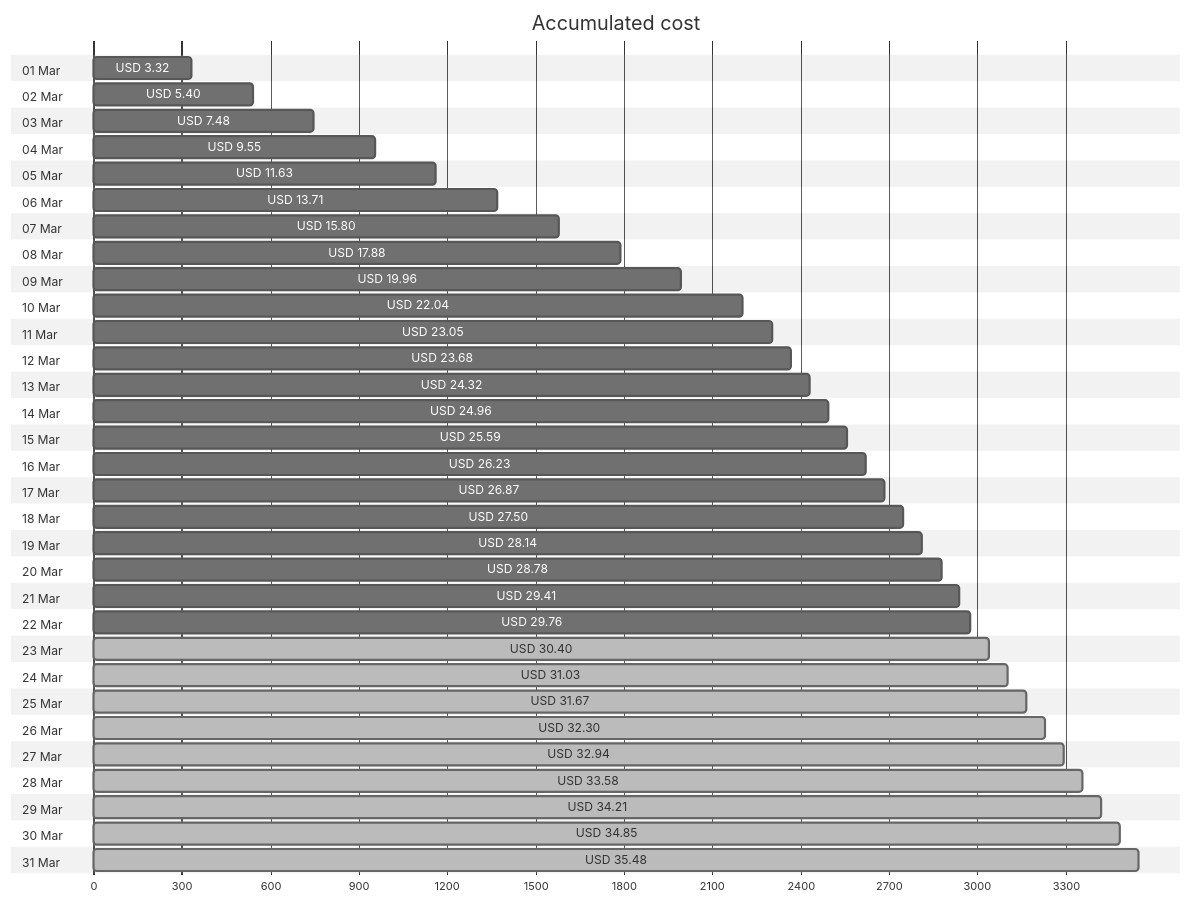
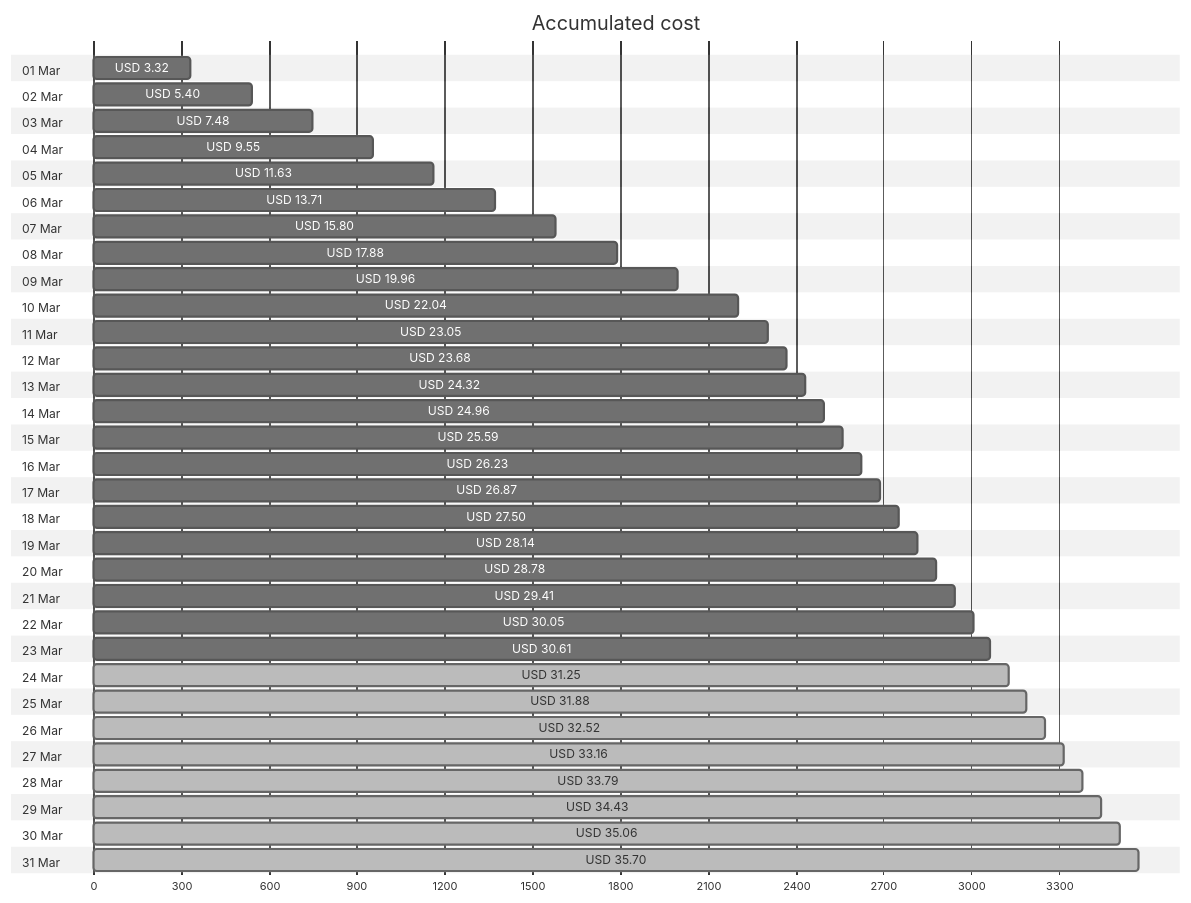
One commit to jpfulton/azure-personal-reports changed the first of 4 diagrams in cost-reports/accumulated-cost.md. Above: the diagram before and after it, drawn with Mermaid (neutral theme). The commit also changed other lines of this file and 4 other files, not shown here.

````diff
--- a/cost-reports/accumulated-cost.md
+++ b/cost-reports/accumulated-cost.md
@@ -20,68 +20,68 @@
 ```mermaid
 gantt
    title Accumulated cost
    dateFormat  X
    axisFormat %s
    section 01 Mar
    USD 3.32 :0, 332
    section 02 Mar
    USD 5.40 :0, 540
    section 03 Mar
    USD 7.48 :0, 748
    section 04 Mar
    USD 9.55 :0, 955
    section 05 Mar
    USD 11.63 :0, 1163
    section 06 Mar
    USD 13.71 :0, 1371
    section 07 Mar
    USD 15.80 :0, 1580
    section 08 Mar
    USD 17.88 :0, 1788
    section 09 Mar
    USD 19.96 :0, 1996
    section 10 Mar
    USD 22.04 :0, 2204
    section 11 Mar
    USD 23.05 :0, 2305
    section 12 Mar
    USD 23.68 :0, 2368
    section 13 Mar
    USD 24.32 :0, 2432
    section 14 Mar
    USD 24.96 :0, 2496
    section 15 Mar
    USD 25.59 :0, 2559
    section 16 Mar
    USD 26.23 :0, 2623
    section 17 Mar
    USD 26.87 :0, 2687
    section 18 Mar
    USD 27.50 :0, 2750
    section 19 Mar
    USD 28.14 :0, 2814
    section 20 Mar
    USD 28.78 :0, 2878
    section 21 Mar
    USD 29.41 :0, 2941
    section 22 Mar
-   USD 29.76 :0, 2976
+   USD 30.05 :0, 3005
    section 23 Mar
-   USD 30.40 : done, 0, 3040
+   USD 30.61 :0, 3061
    section 24 Mar
-   USD 31.03 : done, 0, 3103
+   USD 31.25 : done, 0, 3125
    section 25 Mar
-   USD 31.67 : done, 0, 3167
+   USD 31.88 : done, 0, 3188
    section 26 Mar
-   USD 32.30 : done, 0, 3230
+   USD 32.52 : done, 0, 3252
    section 27 Mar
-   USD 32.94 : done, 0, 3294
+   USD 33.16 : done, 0, 3316
    section 28 Mar
-   USD 33.58 : done, 0, 3358
+   USD 33.79 : done, 0, 3379
    section 29 Mar
-   USD 34.21 : done, 0, 3421
+   USD 34.43 : done, 0, 3443
    section 30 Mar
-   USD 34.85 : done, 0, 3485
+   USD 35.06 : done, 0, 3506
    section 31 Mar
-   USD 35.48 : done, 0, 3548
+   USD 35.70 : done, 0, 3570
 ```
````
